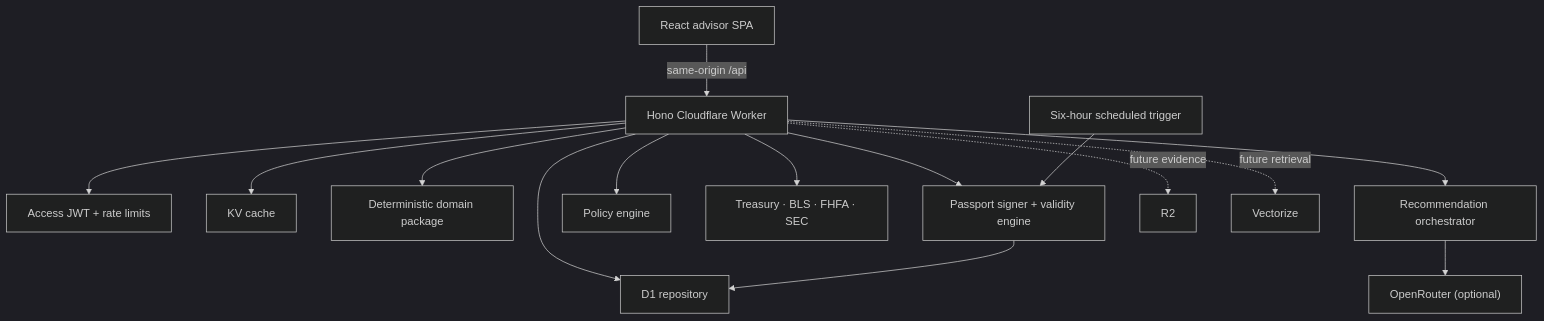
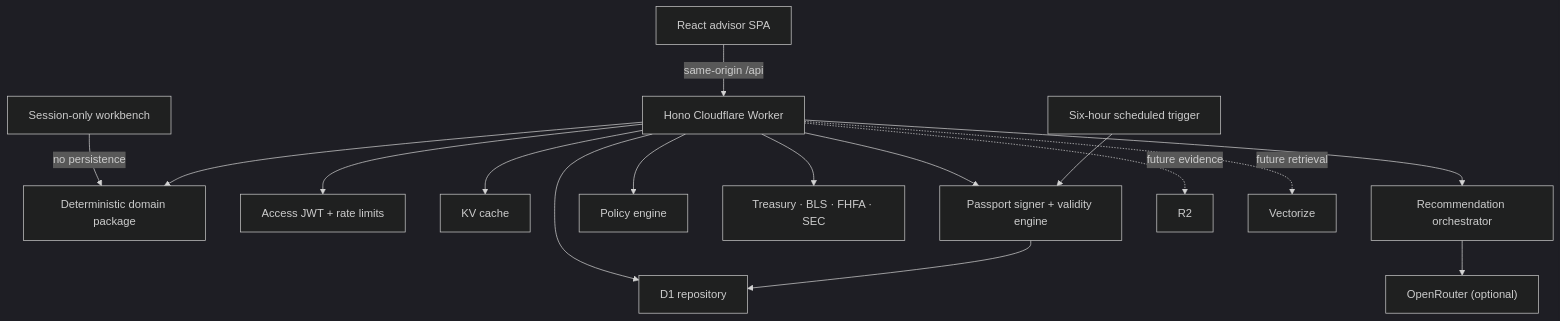
One commit to AjayKasu1/financial-independence-digital-twin changed the diagram in docs/architecture.md. Above: the diagram before and after it, drawn with Mermaid (dark theme). The commit also changed other lines of this file and 12 other files, not shown here.

````diff
--- a/docs/architecture.md
+++ b/docs/architecture.md
@@ -5,17 +5,18 @@
 ```mermaid
 flowchart TB
   Browser["React advisor SPA"] -->|"same-origin /api"| Worker["Hono Cloudflare Worker"]
+  Workbench["Session-only workbench"] -->|"no persistence"| Domain
   Worker --> Auth["Access JWT + rate limits"]
   Worker --> D1["D1 repository"]
   Worker --> KV["KV cache"]
   Worker --> Domain["Deterministic domain package"]
   Worker --> AI["Recommendation orchestrator"]
   AI --> OR["OpenRouter (optional)"]
   Worker --> Policy["Policy engine"]
   Worker --> Public["Treasury · BLS · FHFA · SEC"]
   Worker --> Passport["Passport signer + validity engine"]
   Cron["Six-hour scheduled trigger"] --> Passport
   Passport --> D1
   Worker -. future evidence .-> R2["R2"]
   Worker -. future retrieval .-> Vectorize["Vectorize"]
 ```
````
